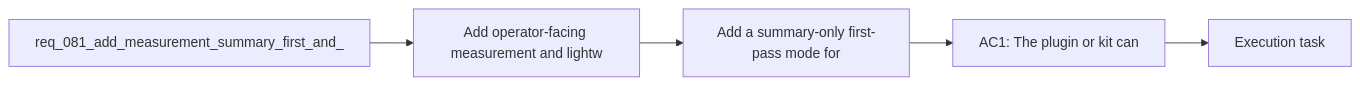
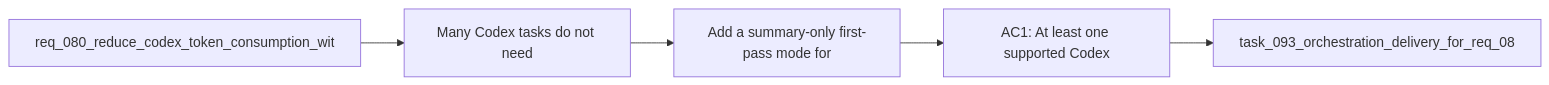
Before and after one commit to AlexAgo83/logics-manager: the diagram in logics/backlog/item_109_add_a_summary_only_first_pass_mode_for_codex_context_injection.md, drawn with Mermaid. The commit also changed 481 other files, not shown here.

````diff
--- a/logics/backlog/item_109_add_a_summary_only_first_pass_mode_for_codex_context_injection.md
+++ b/logics/backlog/item_109_add_a_summary_only_first_pass_mode_for_codex_context_injection.md
@@ -27,9 +27,9 @@
 ```mermaid
 %% logics-kind: backlog
 %% logics-signature: backlog|add-a-summary-only-first-pass-mode-for-c|req-080-reduce-codex-token-consumption-w|many-codex-tasks-do-not-need|ac1-at-least-one-supported-codex
 flowchart LR
-    Request[req_081_add_measurement_summary_first_and_] --> Problem[Add operator-facing measurement and lightw]
+    Request[req_080_reduce_codex_token_consumption_wit] --> Problem[Many Codex tasks do not need]
     Problem --> Scope[Add a summary-only first-pass mode for]
-    Scope --> Acceptance[AC1: The plugin or kit can]
-    Acceptance --> Tasks[Execution task]
+    Scope --> Acceptance[AC1: At least one supported Codex]
+    Acceptance --> Tasks[task_093_orchestration_delivery_for_req_08]
 ```
````
